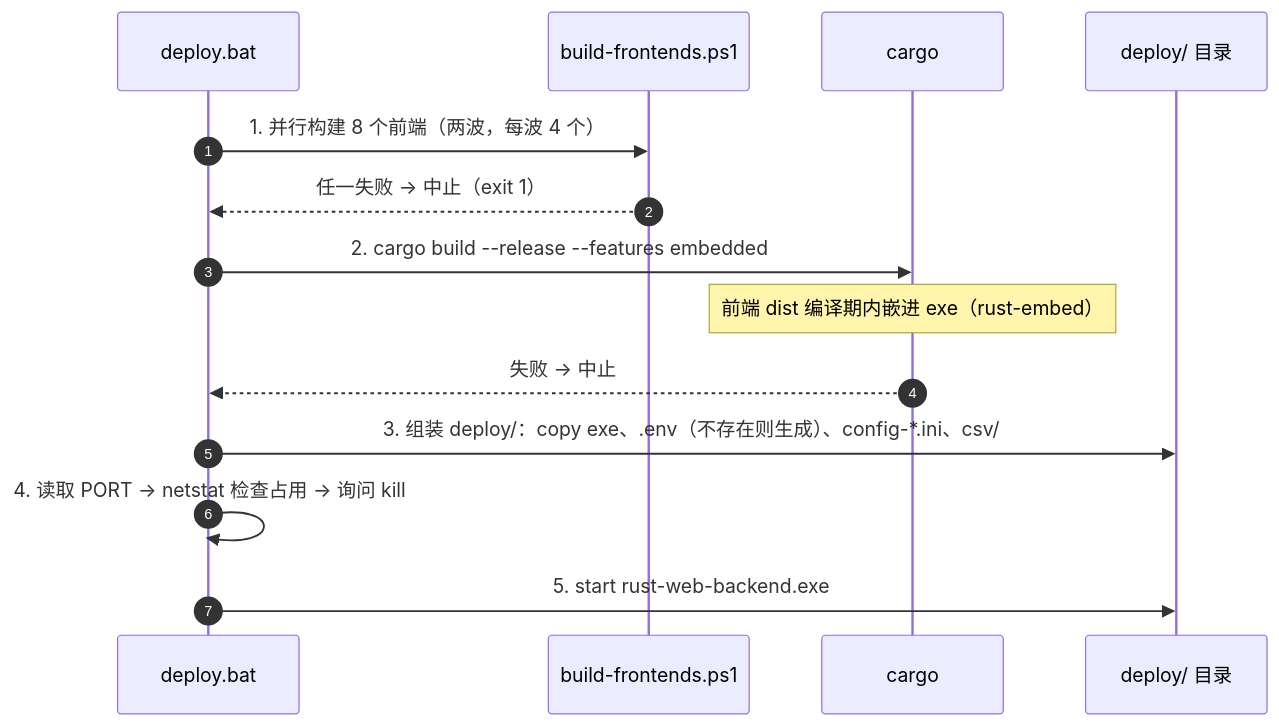
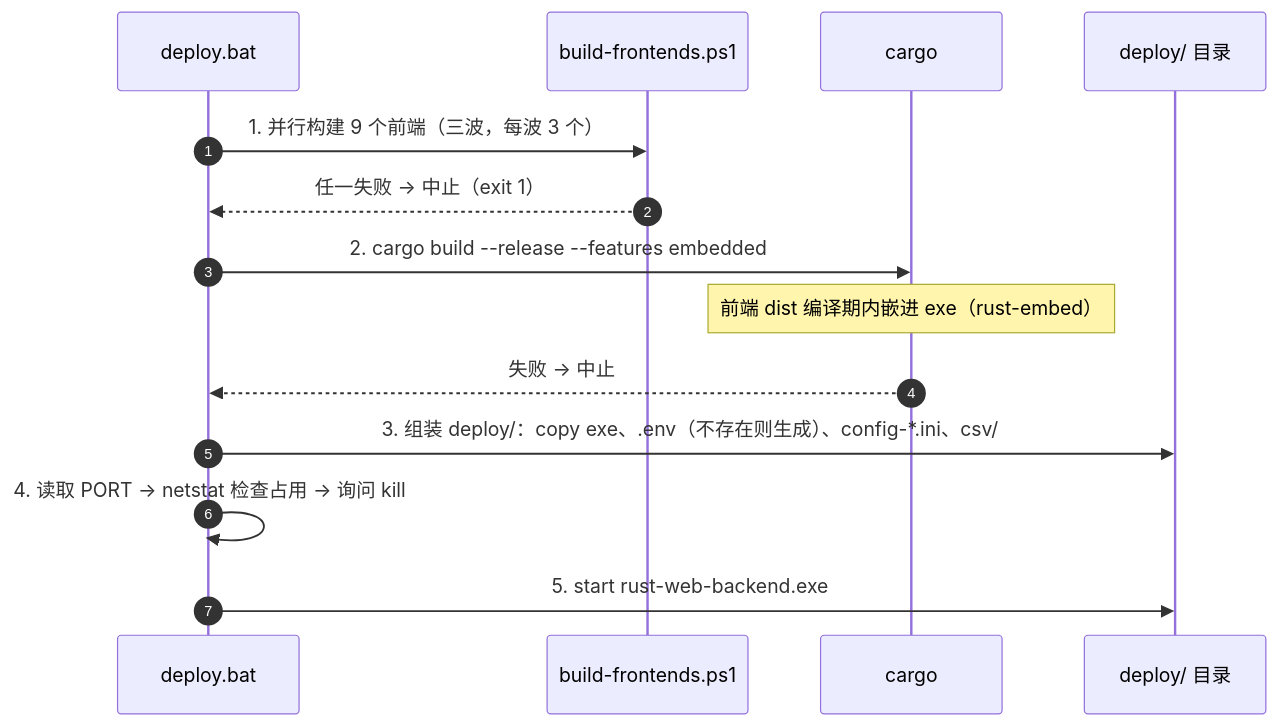
One commit to 3123958139/RustWeb-Vue changed the fourth of 7 diagrams in docs/变更时序详解.md. Above: the diagram before and after it, drawn with Mermaid. The commit also changed other lines of this file and 80 other files, not shown here.

````diff
--- a/docs/变更时序详解.md
+++ b/docs/变更时序详解.md
@@ -360,17 +360,17 @@
 ```mermaid
 sequenceDiagram
     autonumber
     participant D as deploy.bat
     participant F as build-frontends.ps1
     participant C as cargo
     participant O as deploy/ 目录
 
-    D->>F: 1. 并行构建 8 个前端（两波，每波 4 个）
+    D->>F: 1. 并行构建 9 个前端（三波，每波 3 个）
     F-->>D: 任一失败 → 中止（exit 1）
     D->>C: 2. cargo build --release --features embedded
     Note over C: 前端 dist 编译期内嵌进 exe（rust-embed）
     C-->>D: 失败 → 中止
     D->>O: 3. 组装 deploy/：copy exe、.env（不存在则生成）、config-*.ini、csv/
     D->>D: 4. 读取 PORT → netstat 检查占用 → 询问 kill
     D->>O: 5. start rust-web-backend.exe
 ```
````
